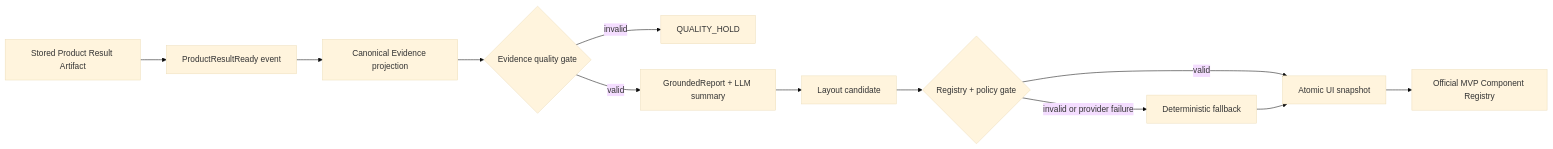
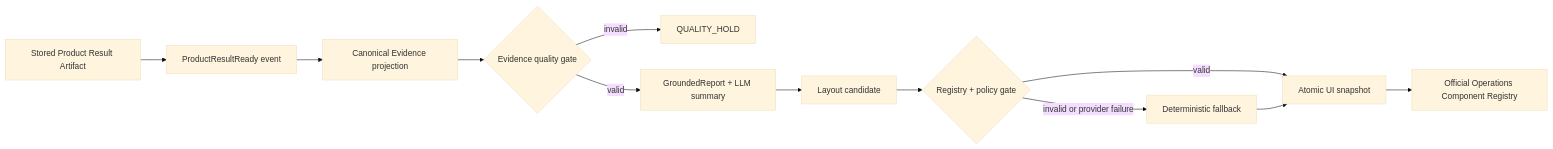
Before and after one commit to Biz-CollabCraft/ontology_dashboard: the diagram in docs/plans/ai-workflow/2026-08-18-001-feat-week3-week4-evidence-report-ui-closure-plan.md, drawn with Mermaid (base theme). The commit also changed other lines of this file and 286 other files, not shown here.

````diff
--- a/docs/plans/ai-workflow/2026-08-18-001-feat-week3-week4-evidence-report-ui-closure-plan.md
+++ b/docs/plans/ai-workflow/2026-08-18-001-feat-week3-week4-evidence-report-ui-closure-plan.md
@@ -62,14 +62,14 @@
 ```mermaid
 flowchart LR
     A["Stored Product Result Artifact"] --> B["ProductResultReady event"]
     B --> C["Canonical Evidence projection"]
     C --> D{"Evidence quality gate"}
     D -->|invalid| H["QUALITY_HOLD"]
     D -->|valid| E["GroundedReport + LLM summary"]
     E --> F["Layout candidate"]
     F --> G{"Registry + policy gate"}
     G -->|valid| I["Atomic UI snapshot"]
     G -->|invalid or provider failure| J["Deterministic fallback"]
     J --> I
-    I --> K["Official MVP Component Registry"]
+    I --> K["Official Operations Component Registry"]
 ```
````
